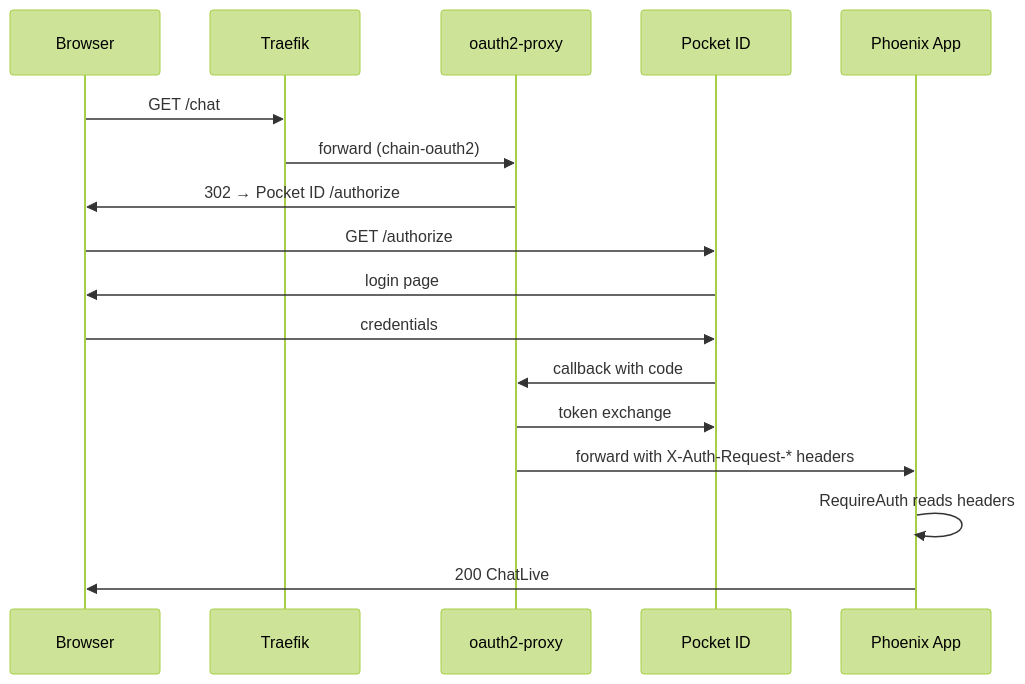
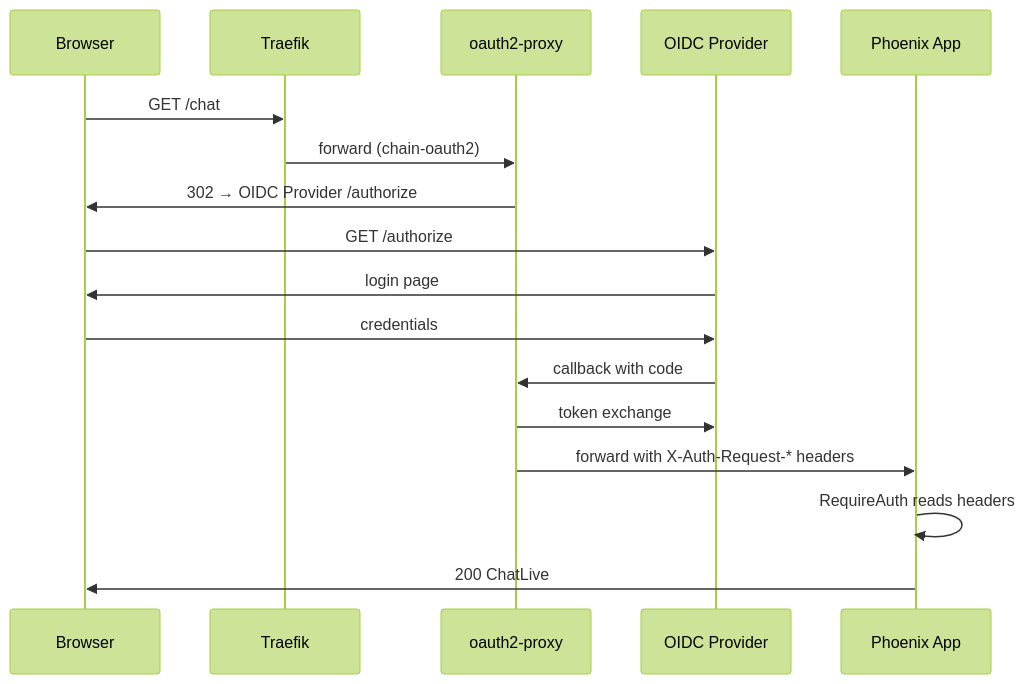
The second of 2 diagrams in docs/architecture/05-suite-shell-adr-0009.md (Startup-Suite/core), drawn with Mermaid (forest theme) before and after one commit. The commit also changed other lines of this file and 20 other files, not shown here.

````diff
--- a/docs/architecture/05-suite-shell-adr-0009.md
+++ b/docs/architecture/05-suite-shell-adr-0009.md
@@ -57,20 +57,20 @@
 ```mermaid
 sequenceDiagram
   participant B as Browser
   participant T as Traefik
   participant O as oauth2-proxy
-  participant P as Pocket ID
+  participant P as OIDC Provider
   participant A as Phoenix App
 
   B->>T: GET /chat
   T->>O: forward (chain-oauth2)
-  O->>B: 302 → Pocket ID /authorize
+  O->>B: 302 → OIDC Provider /authorize
   B->>P: GET /authorize
   P->>B: login page
   B->>P: credentials
   P->>O: callback with code
   O->>P: token exchange
   O->>A: forward with X-Auth-Request-* headers
   A->>A: RequireAuth reads headers
   A->>B: 200 ChatLive
 ```
````
